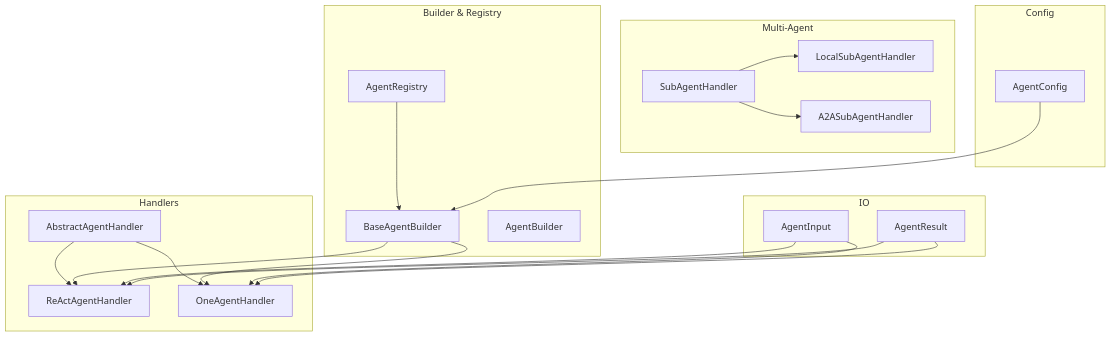
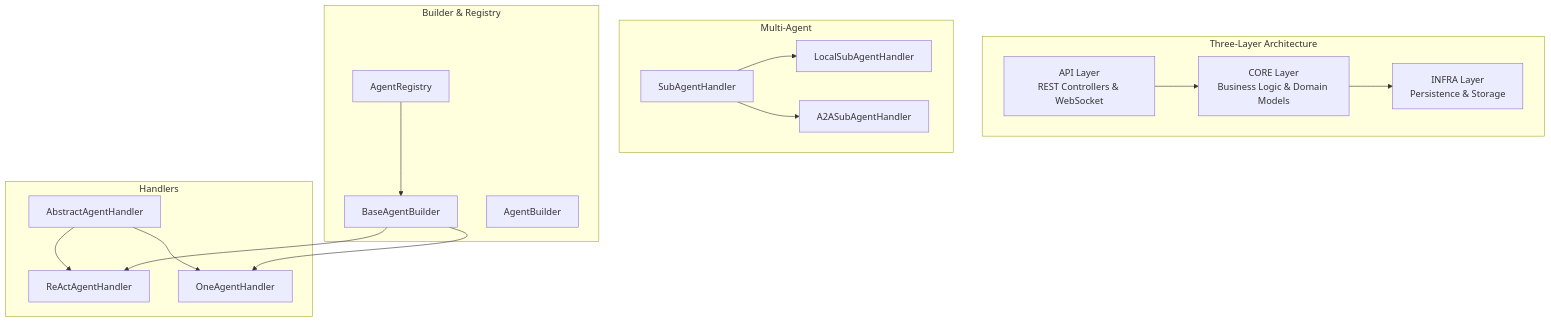
The first of 8 diagrams in .qoder/repowiki/en/content/Agent System/Agent System.md (alibaba/tron-one-agent), drawn with Mermaid before and after one commit. The commit also changed other lines of this file and 6 other files, not shown here.

````diff
--- a/.qoder/repowiki/en/content/Agent System/Agent System.md
+++ b/.qoder/repowiki/en/content/Agent System/Agent System.md
@@ -47,37 +63,32 @@
 ```mermaid
 graph TB
+subgraph "Three-Layer Architecture"
+A["API Layer<br/>REST Controllers & WebSocket"]
+B["CORE Layer<br/>Business Logic & Domain Models"]
+C["INFRA Layer<br/>Persistence & Storage"]
+end
 subgraph "Handlers"
-A["AbstractAgentHandler"]
-B["ReActAgentHandler"]
-C["OneAgentHandler"]
+D["AbstractAgentHandler"]
+E["ReActAgentHandler"]
+F["OneAgentHandler"]
 end
 subgraph "Multi-Agent"
-D["SubAgentHandler"]
-E["LocalSubAgentHandler"]
-F["A2ASubAgentHandler"]
+G["SubAgentHandler"]
+H["LocalSubAgentHandler"]
+I["A2ASubAgentHandler"]
 end
 subgraph "Builder & Registry"
-G["BaseAgentBuilder"]
-H["AgentBuilder"]
-I["AgentRegistry"]
-end
-subgraph "Config"
-J["AgentConfig"]
-end
-subgraph "IO"
-K["AgentInput"]
-L["AgentResult"]
+J["BaseAgentBuilder"]
+K["AgentBuilder"]
+L["AgentRegistry"]
 end
 A --> B
-A --> C
+B --> C
 D --> E
 D --> F
-G --> B
-G --> C
-I --> G
-J --> G
-K --> B
-K --> C
-L --> B
-L --> C
+G --> H
+G --> I
+J --> E
+J --> F
+L --> J
 ```
````
